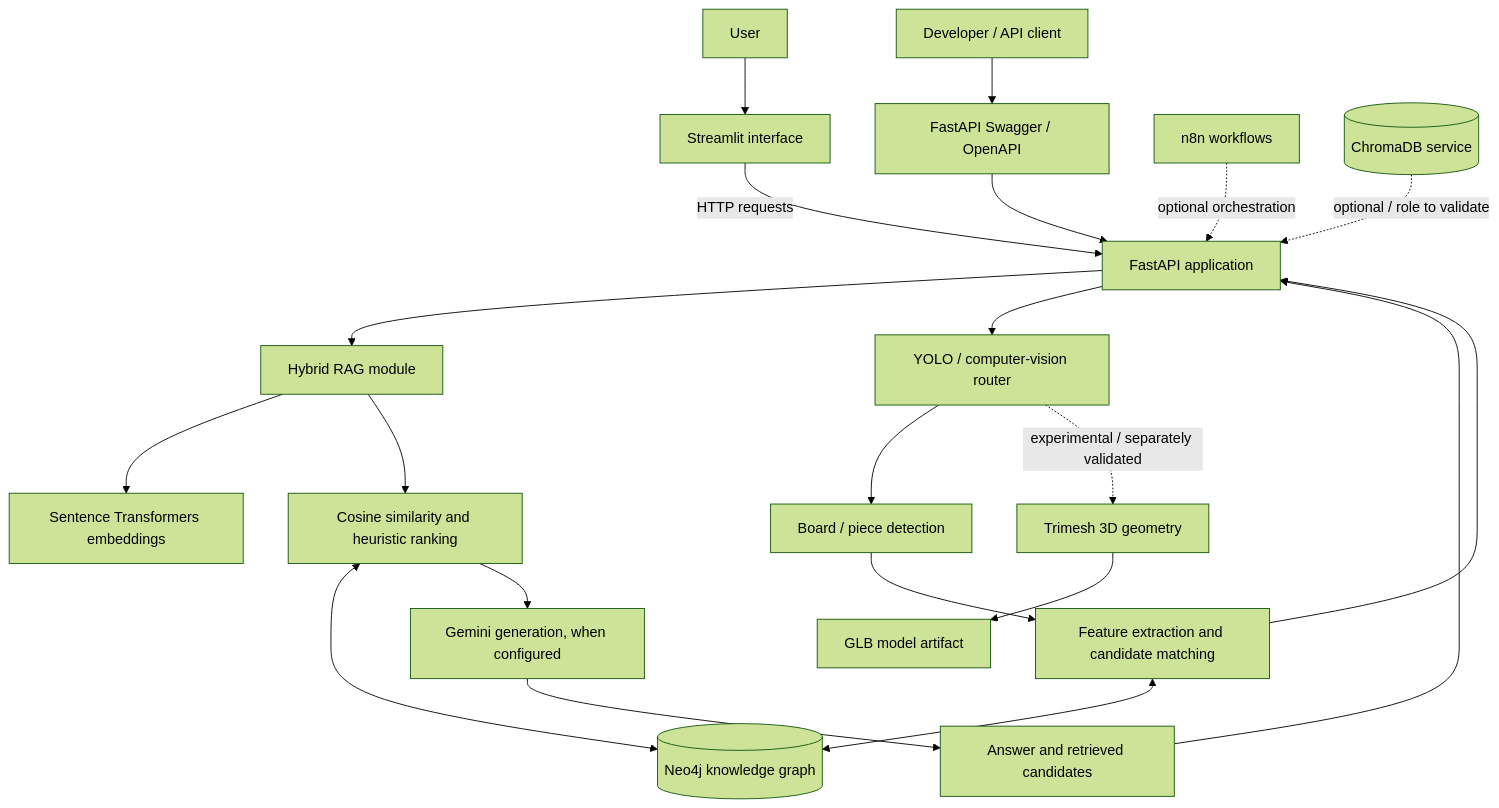
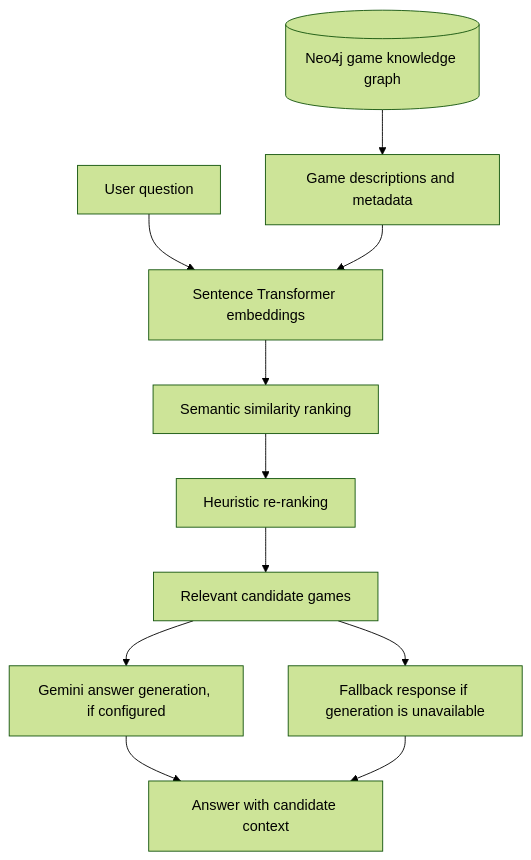
Before and after one commit to salma12814/ludii-game-intelligence: the first of 4 diagrams in README.md, drawn with Mermaid (forest theme). The commit also changed other lines of this file, not shown here.

````diff
--- a/README.md
+++ b/README.md
@@ -93,28 +23,13 @@
 ```mermaid
-flowchart TB
-    U[User] --> UI[Streamlit interface]
-    DEV[Developer / API client] --> DOC[FastAPI Swagger / OpenAPI]
-    UI -->|HTTP requests| API[FastAPI application]
-    DOC --> API
-
-    API --> RAG[Hybrid RAG module]
-    API --> CV[YOLO / computer-vision router]
-
-    RAG --> EMB[Sentence Transformers embeddings]
-    RAG --> RET[Cosine similarity and heuristic ranking]
-    RET <--> NEO[(Neo4j knowledge graph)]
-    RET --> LLM[Gemini generation, when configured]
-    LLM --> RESP[Answer and retrieved candidates]
-    RESP --> API
-
-    CV --> DET[Board / piece detection]
-    DET --> MATCH[Feature extraction and candidate matching]
-    MATCH <--> NEO
-    MATCH --> API
-
-    CV -. experimental / separately validated .-> GEO[Trimesh 3D geometry]
-    GEO --> GLB[GLB model artifact]
-
-    N8N[n8n workflows] -. optional orchestration .-> API
-    CH[(ChromaDB service)] -. optional / role to validate .-> API
+flowchart TD
+    Q[User question] --> E[Sentence Transformer embeddings]
+    E --> R[Semantic similarity ranking]
+    K[(Neo4j game knowledge graph)] --> D[Game descriptions and metadata]
+    D --> E
+    R --> H[Heuristic re-ranking]
+    H --> C[Relevant candidate games]
+    C --> G[Gemini answer generation, if configured]
+    C --> F[Fallback response if generation is unavailable]
+    G --> A[Answer with candidate context]
+    F --> A
 ```
````
